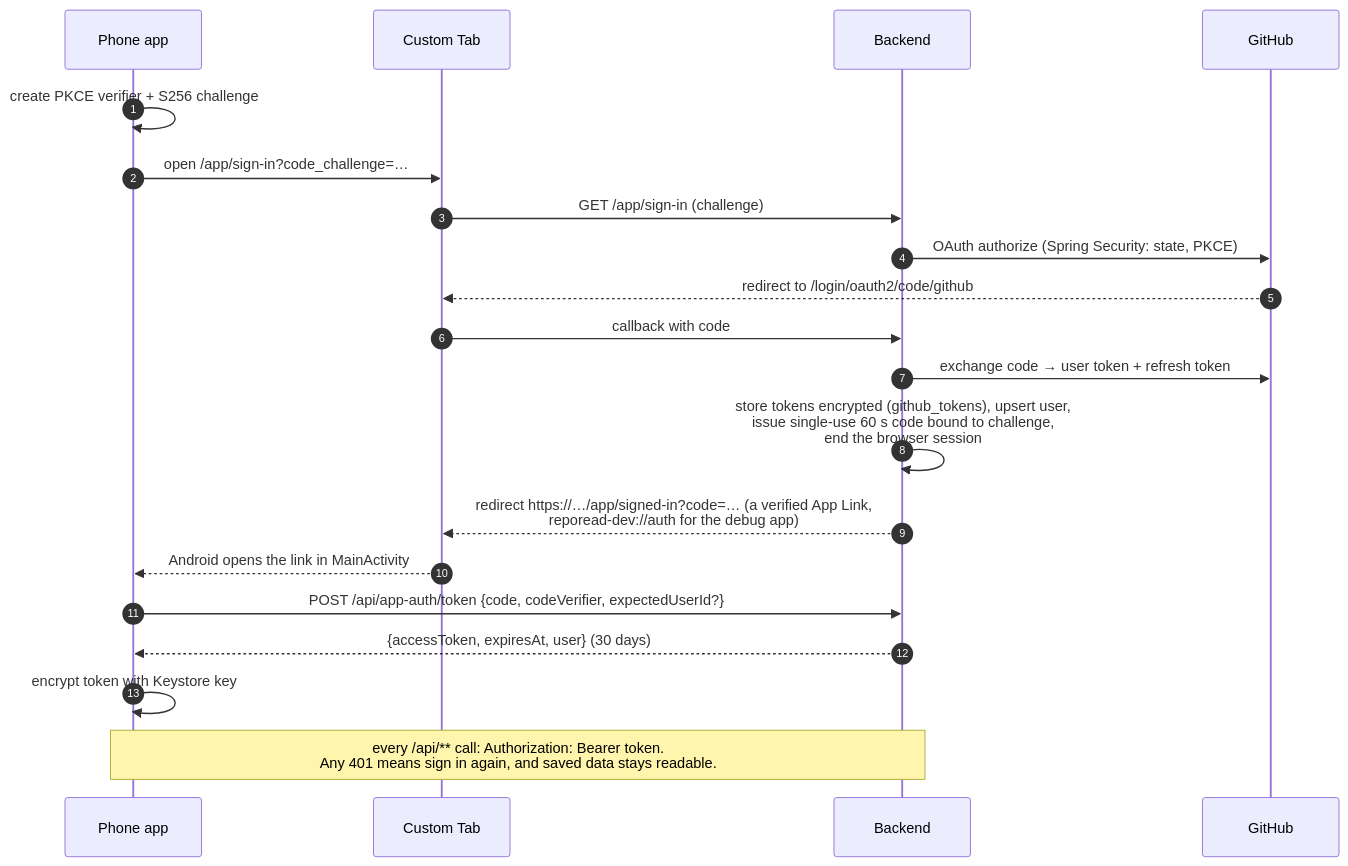
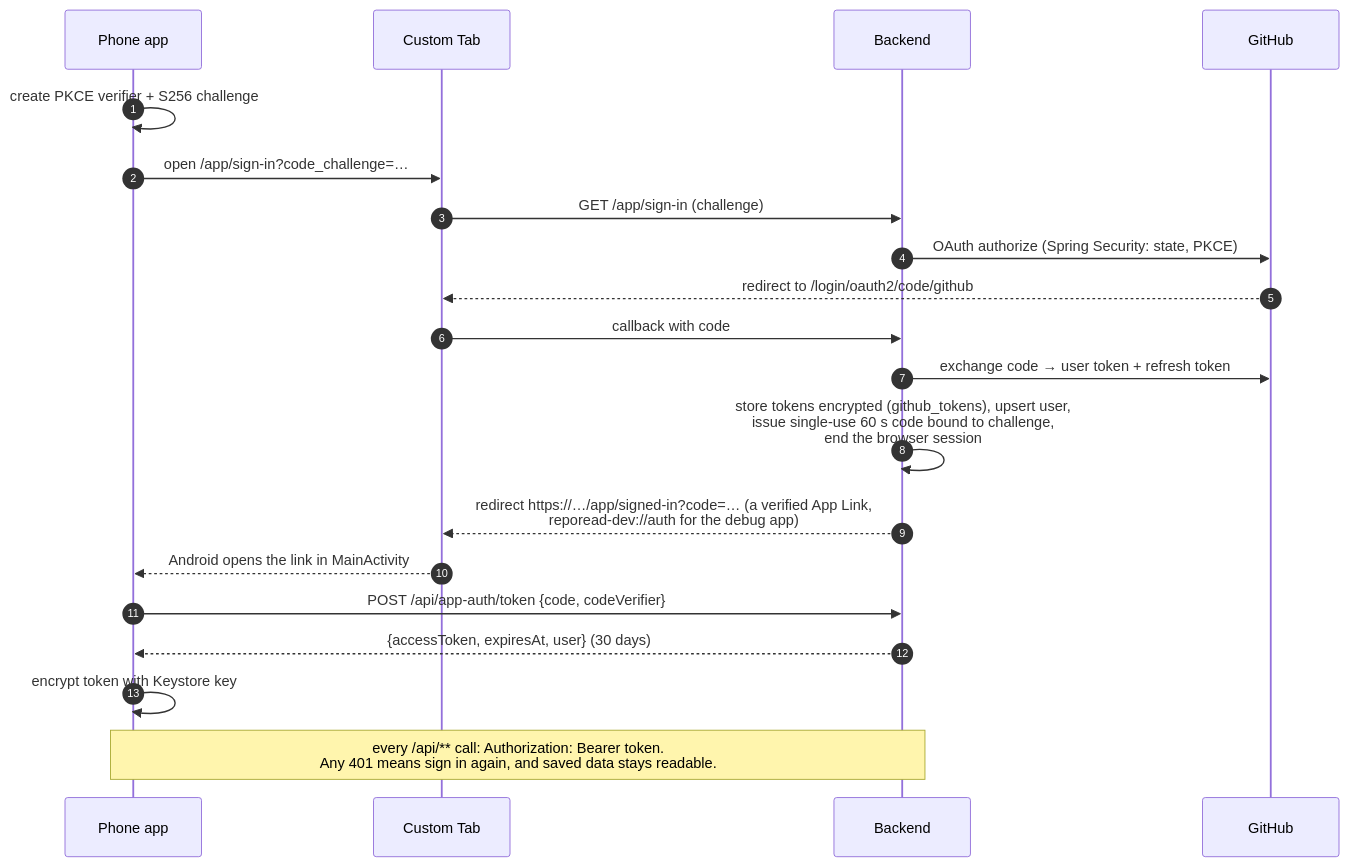
Before and after one commit to jaxwong/reporead: the sixth of 12 diagrams in docs/architecture.md, drawn with Mermaid. The commit also changed other lines of this file and 5 other files, not shown here.

````diff
--- a/docs/architecture.md
+++ b/docs/architecture.md
@@ -363,23 +363,23 @@
 ```mermaid
 sequenceDiagram
     autonumber
     participant App as Phone app
     participant Tab as Custom Tab
     participant API as Backend
     participant GH as GitHub
 
     App->>App: create PKCE verifier + S256 challenge
     App->>Tab: open /app/sign-in?code_challenge=…
     Tab->>API: GET /app/sign-in (challenge)
     API->>GH: OAuth authorize (Spring Security: state, PKCE)
     GH-->>Tab: redirect to /login/oauth2/code/github
     Tab->>API: callback with code
     API->>GH: exchange code → user token + refresh token
     API->>API: store tokens encrypted (github_tokens), upsert user,<br/>issue single-use 60 s code bound to challenge,<br/>end the browser session
     API-->>Tab: redirect https://…/app/signed-in?code=… (a verified App Link,<br/>reporead-dev://auth for the debug app)
     Tab-->>App: Android opens the link in MainActivity
-    App->>API: POST /api/app-auth/token {code, codeVerifier, expectedUserId?}
+    App->>API: POST /api/app-auth/token {code, codeVerifier}
     API-->>App: {accessToken, expiresAt, user} (30 days)
     App->>App: encrypt token with Keystore key
     Note over App,API: every /api/** call: Authorization: Bearer token.<br/>Any 401 means sign in again, and saved data stays readable.
 ```
````
